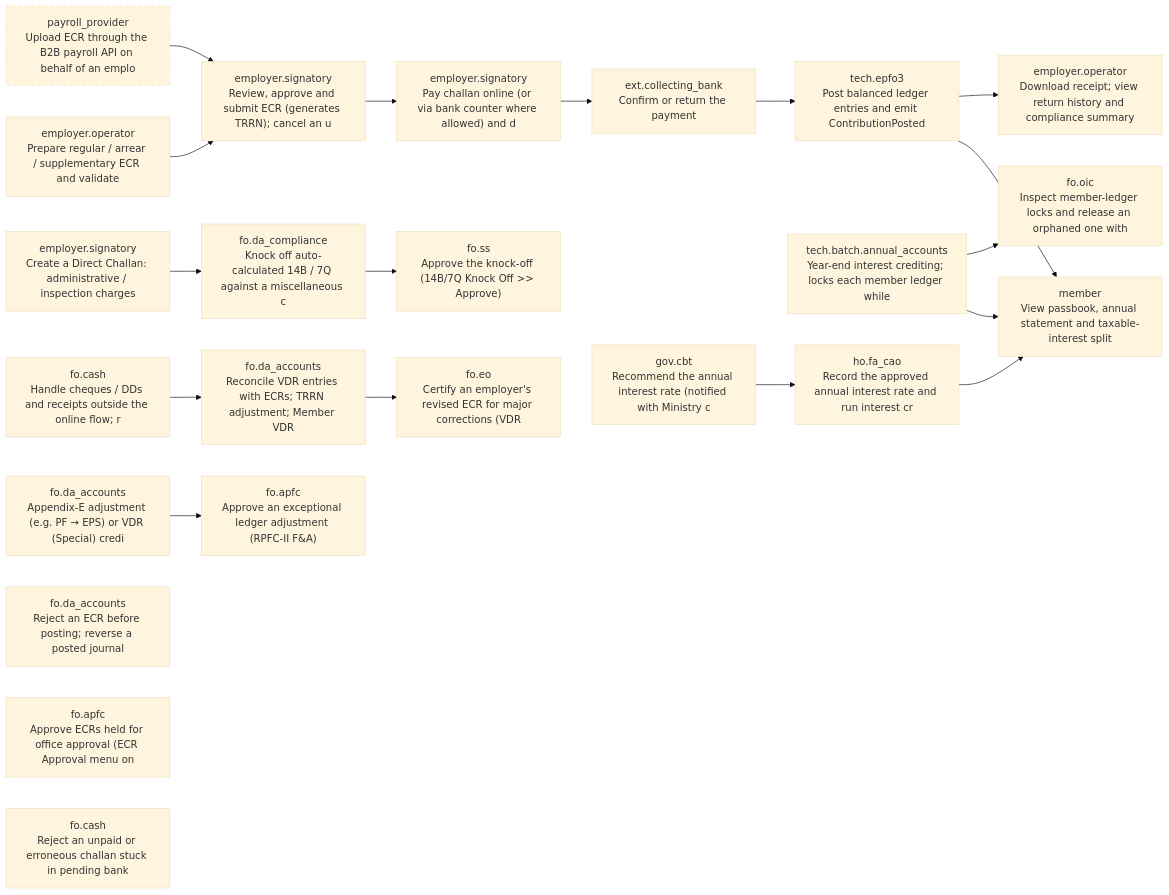
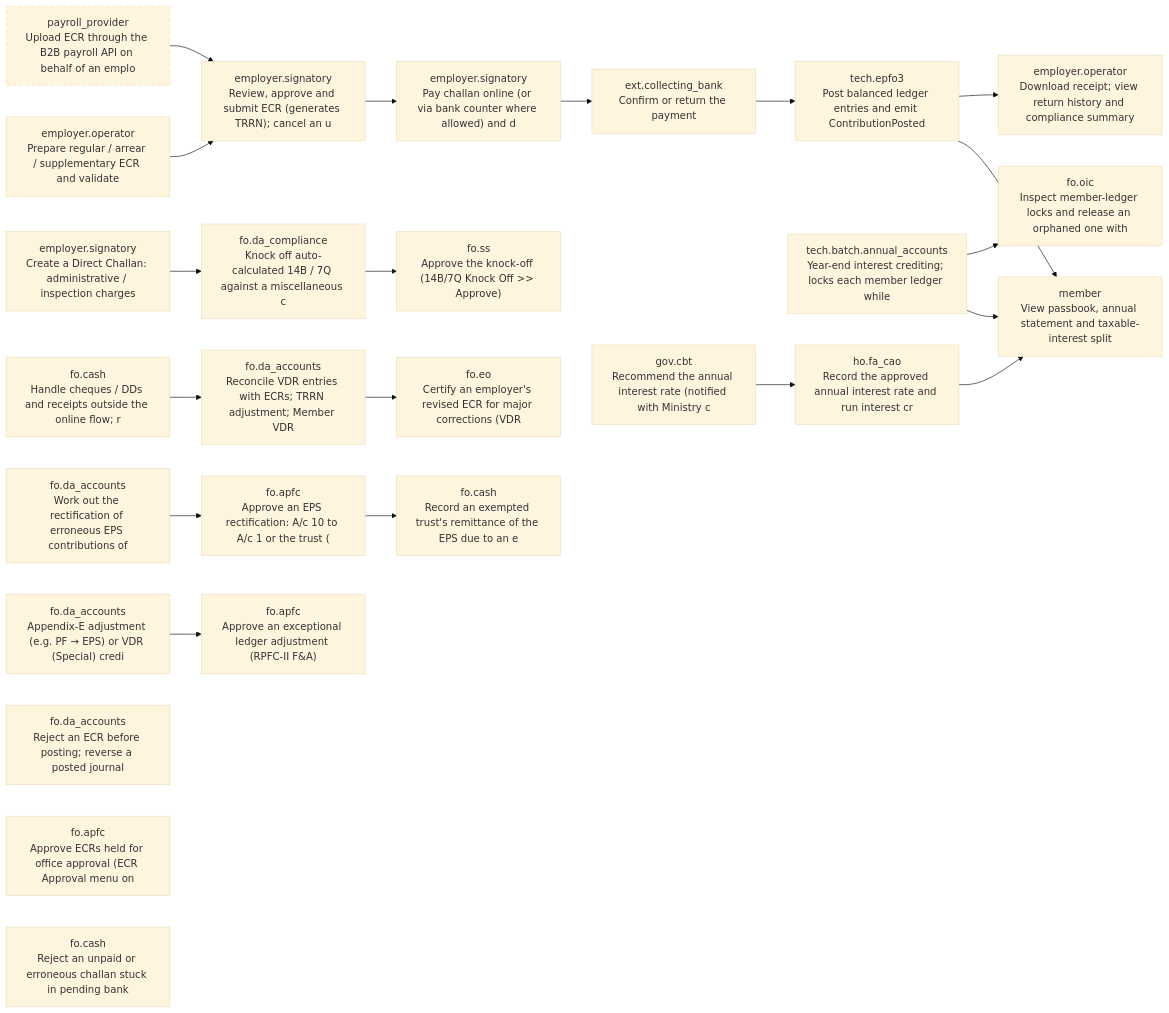
Before and after one commit to gauravmeena0708/pf-life: the third of 14 diagrams in docs/stakeholder-api-sets.md, drawn with Mermaid (base theme). The commit also changed other lines of this file and 40 other files, not shown here.

First line of the commit message:
P2.19c: erroneous EPS contributions rectified (HO circular WSU/2025/E-961539, 19 Dec 2025); P2.28 and P2.29 planned

````diff
--- a/docs/stakeholder-api-sets.md
+++ b/docs/stakeholder-api-sets.md
@@ -1637,43 +1643,48 @@
 ```mermaid
 flowchart LR
   F03_ecr_prepare["employer.operator<br/>Prepare regular / arrear / supplementary ECR and validate"]
   F03_b2b_upload["payroll_provider<br/>Upload ECR through the B2B payroll API on behalf of an emplo"]
   style F03_b2b_upload stroke-dasharray: 5 5
   F03_ecr_approve["employer.signatory<br/>Review, approve and submit ECR (generates TRRN); cancel an u"]
   F03_pay["employer.signatory<br/>Pay challan online (or via bank counter where allowed) and d"]
   F03_bank_confirm["ext.collecting_bank<br/>Confirm or return the payment"]
   F03_post["tech.epfo3<br/>Post balanced ledger entries and emit ContributionPosted"]
   F03_receipt["employer.operator<br/>Download receipt; view return history and compliance summary"]
   F03_passbook["member<br/>View passbook, annual statement and taxable-interest split"]
   F03_direct_challan["employer.signatory<br/>Create a Direct Challan: administrative / inspection charges"]
   F03_knock_off["fo.da_compliance<br/>Knock off auto-calculated 14B / 7Q against a miscellaneous c"]
   F03_knock_off_approve["fo.ss<br/>Approve the knock-off (14B/7Q Knock Off >> Approve)"]
   F03_receipts["fo.cash<br/>Handle cheques / DDs and receipts outside the online flow; r"]
   F03_vdr_reconcile["fo.da_accounts<br/>Reconcile VDR entries with ECRs; TRRN adjustment; Member VDR"]
   F03_eo_certify["fo.eo<br/>Certify an employer's revised ECR for major corrections (VDR"]
   F03_ledger_exception["fo.da_accounts<br/>Appendix-E adjustment (e.g. PF → EPS) or VDR (Special) credi"]
+  F03_eps_rectify["fo.da_accounts<br/>Work out the rectification of erroneous EPS contributions of"]
+  F03_eps_rectify_approve["fo.apfc<br/>Approve an EPS rectification: A/c 10 to A/c 1 or the trust ("]
+  F03_eps_rectify_trust["fo.cash<br/>Record an exempted trust's remittance of the EPS due to an e"]
   F03_ledger_exception_approve["fo.apfc<br/>Approve an exceptional ledger adjustment (RPFC-II F&A)"]
   F03_ecr_reject["fo.da_accounts<br/>Reject an ECR before posting; reverse a posted journal"]
   F03_ecr_office_approval["fo.apfc<br/>Approve ECRs held for office approval (ECR Approval menu on "]
   F03_payment_reject["fo.cash<br/>Reject an unpaid or erroneous challan stuck in pending bank "]
   F03_annual_batch["tech.batch.annual_accounts<br/>Year-end interest crediting; locks each member ledger while "]
   F03_interest["ho.fa_cao<br/>Record the approved annual interest rate and run interest cr"]
   F03_interest_rate["gov.cbt<br/>Recommend the annual interest rate (notified with Ministry c"]
   F03_ecr_prepare --> F03_ecr_approve
   F03_b2b_upload --> F03_ecr_approve
   F03_ecr_approve --> F03_pay
   F03_pay --> F03_bank_confirm
   F03_bank_confirm --> F03_post
   F03_post --> F03_passbook
   F03_post --> F03_receipt
   F03_direct_challan --> F03_knock_off
   F03_knock_off --> F03_knock_off_approve
   F03_receipts --> F03_vdr_reconcile
   F03_vdr_reconcile --> F03_eo_certify
   F03_ledger_exception --> F03_ledger_exception_approve
+  F03_eps_rectify --> F03_eps_rectify_approve
+  F03_eps_rectify_approve --> F03_eps_rectify_trust
   F03_annual_batch --> F03_passbook
   F04_lock_admin["fo.oic<br/>Inspect member-ledger locks and release an orphaned one with"]
   F03_annual_batch --> F04_lock_admin
   F03_interest --> F03_passbook
   F03_interest_rate --> F03_interest
 ```
````
